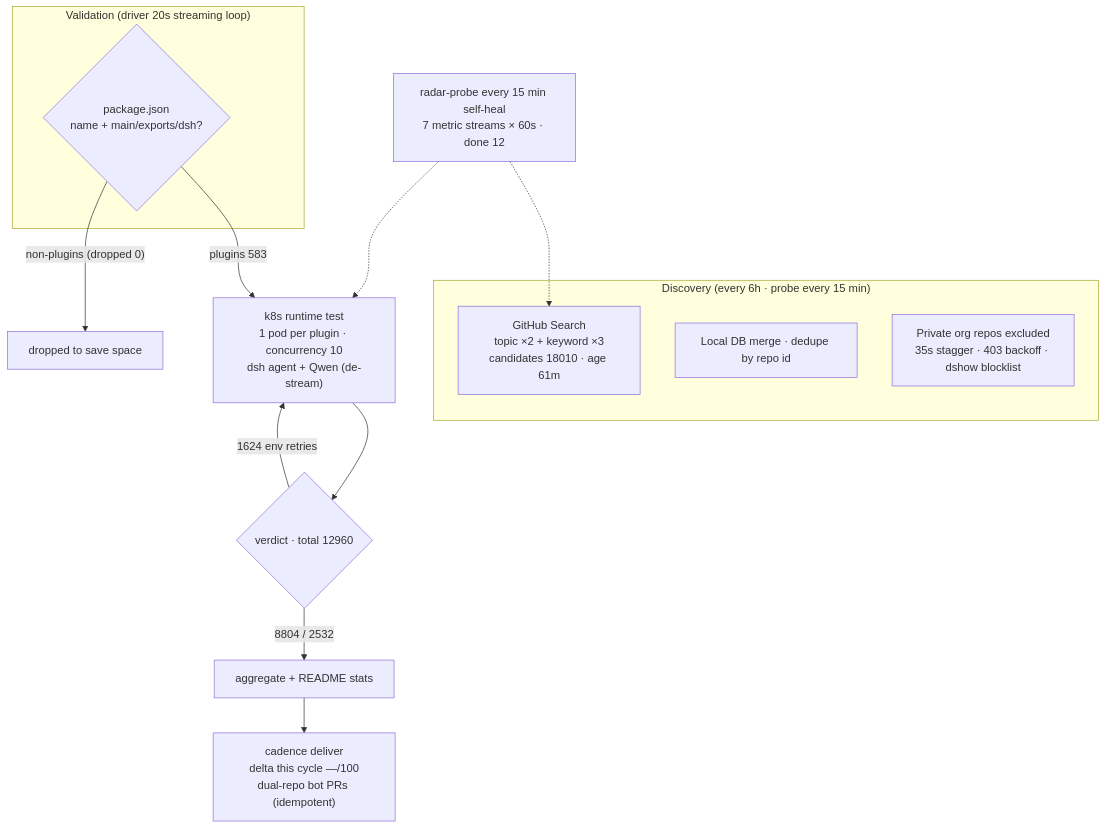
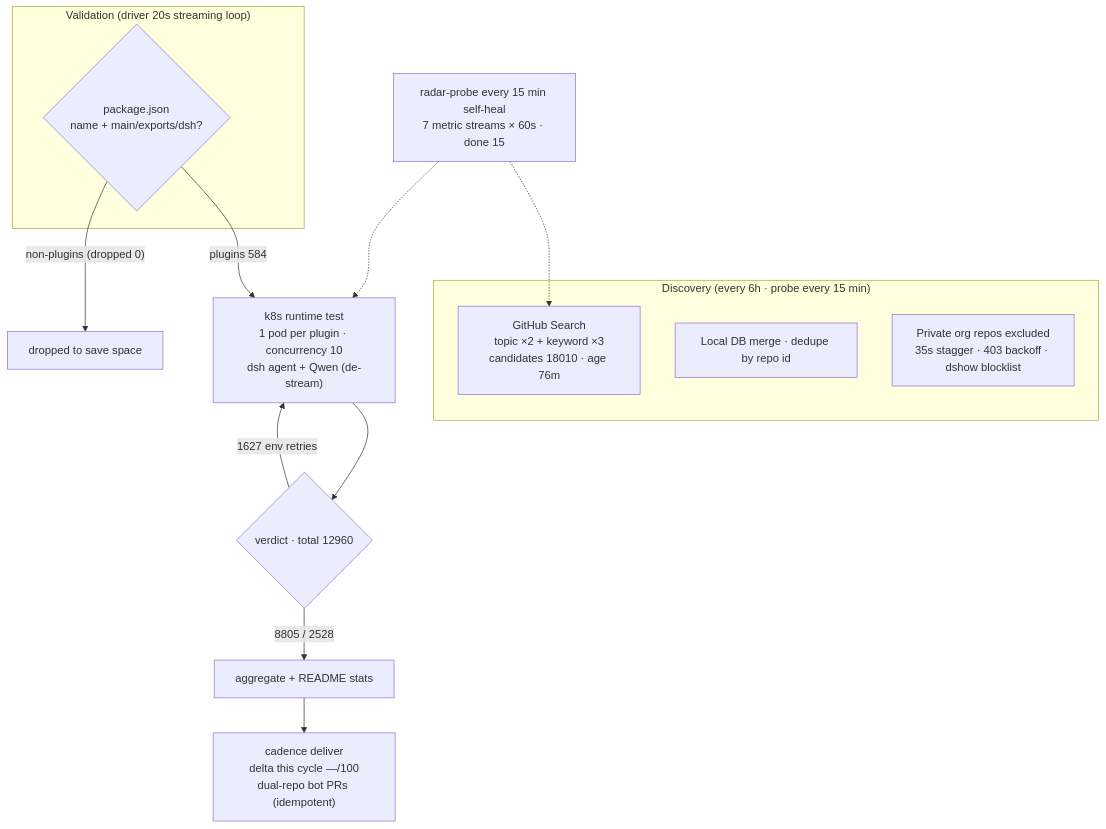
One commit to AdamPlatin123/awesome-dsh-plugins changed the diagram in README.en-US.md. Above: the diagram before and after it, drawn with Mermaid. The commit also changed other lines of this file and 5 other files, not shown here.

````diff
--- a/README.en-US.md
+++ b/README.en-US.md
@@ -45,20 +45,20 @@
 ```mermaid
 flowchart TB
     subgraph Discovery["Discovery (every 6h · probe every 15 min)"]
-        A1["GitHub Search<br/>topic ×2 + keyword ×3<br/>candidates 18010 · age 61m"]
+        A1["GitHub Search<br/>topic ×2 + keyword ×3<br/>candidates 18010 · age 76m"]
         A2["Local DB merge · dedupe by repo id"]
         A3["Private org repos excluded<br/>35s stagger · 403 backoff · dshow blocklist"]
     end
     subgraph Validation["Validation (driver 20s streaming loop)"]
         B1{"package.json<br/>name + main/exports/dsh?"}
     end
-    B1 -->|"plugins 583"| C1["k8s runtime test<br/>1 pod per plugin · concurrency 10<br/>dsh agent + Qwen (de-stream)"]
+    B1 -->|"plugins 584"| C1["k8s runtime test<br/>1 pod per plugin · concurrency 10<br/>dsh agent + Qwen (de-stream)"]
     B1 -->|"non-plugins (dropped 0)"| B3["dropped to save space"]
     C1 --> D1{"verdict · total 12960"}
-    D1 -->|"8804 / 2532"| E1["aggregate + README stats"]
-    D1 -->|"1624 env retries"| C1
+    D1 -->|"8805 / 2528"| E1["aggregate + README stats"]
+    D1 -->|"1627 env retries"| C1
     E1 --> E2["cadence deliver<br/>delta this cycle —/100<br/>dual-repo bot PRs (idempotent)"]
-    M["radar-probe every 15 min self-heal<br/>7 metric streams × 60s · done 12"]
+    M["radar-probe every 15 min self-heal<br/>7 metric streams × 60s · done 15"]
     M -.-> A1
     M -.-> C1
 ```
````
